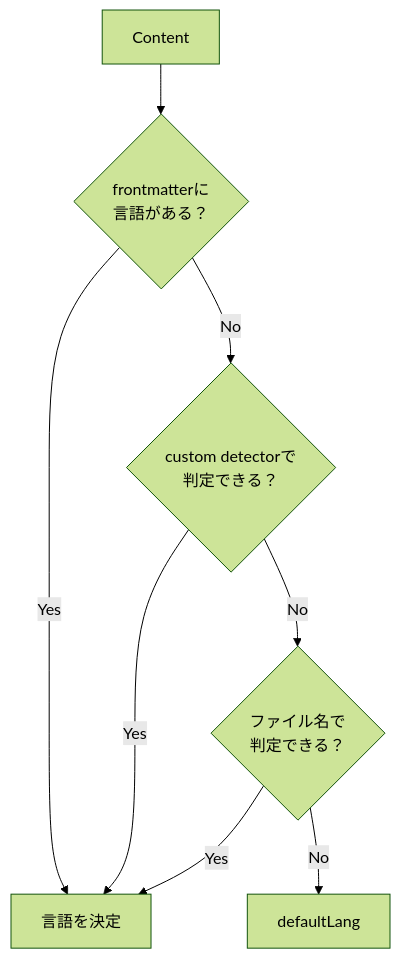
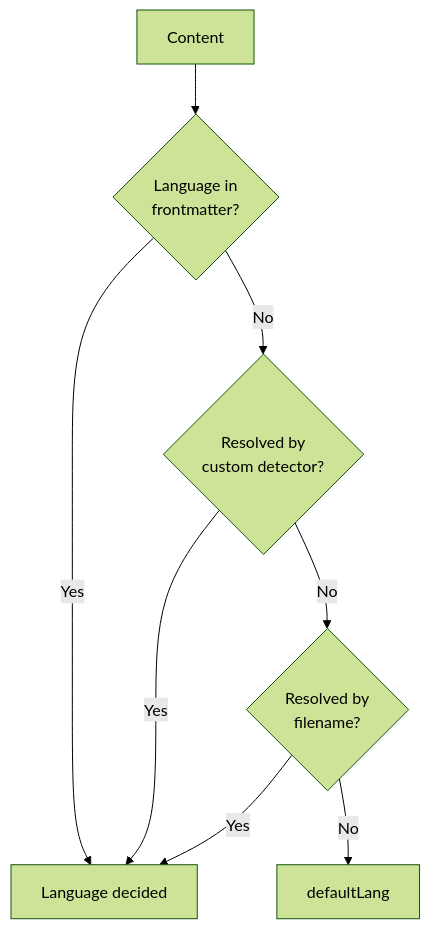
One commit to Rerurate514/riebeckite changed the second of 6 diagrams in docs/docs/guides/localization.md. Above: the diagram before and after it, drawn with Mermaid (forest theme). The commit also changed other lines of this file and 604 other files, not shown here.

````diff
--- a/docs/docs/guides/localization.md
+++ b/docs/docs/guides/localization.md
@@ -78,14 +58,16 @@
 ```mermaid
 flowchart TD
     Start["Content"]
+    FM{"Language in<br/>frontmatter?"}
+    Detector{"Resolved by<br/>custom detector?"}
+    File{"Resolved by<br/>filename?"}
+    Default["defaultLang"]
 
-    Start --> FM{"frontmatterに<br/>言語がある？"}
-    FM -->|Yes| Result["言語を決定"]
-    FM -->|No| Detector{"custom detectorで<br/>判定できる？"}
-
+    Start --> FM
+    FM -->|Yes| Result["Language decided"]
+    FM -->|No| Detector
     Detector -->|Yes| Result
-    Detector -->|No| File{"ファイル名で<br/>判定できる？"}
-
+    Detector -->|No| File
     File -->|Yes| Result
-    File -->|No| Default["defaultLang"]
+    File -->|No| Default
 ```
````
